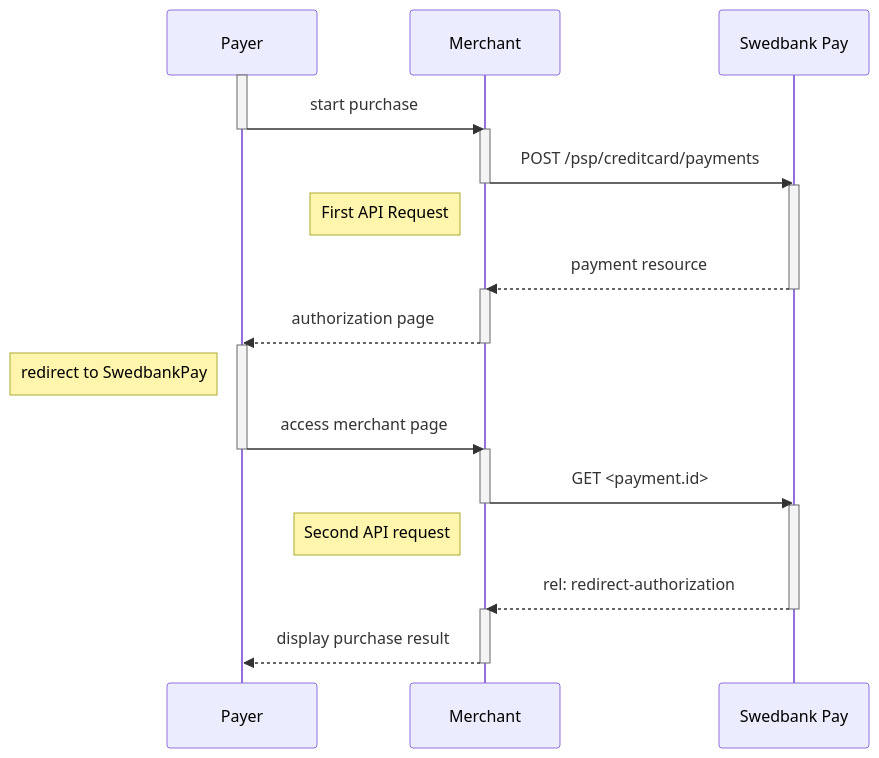
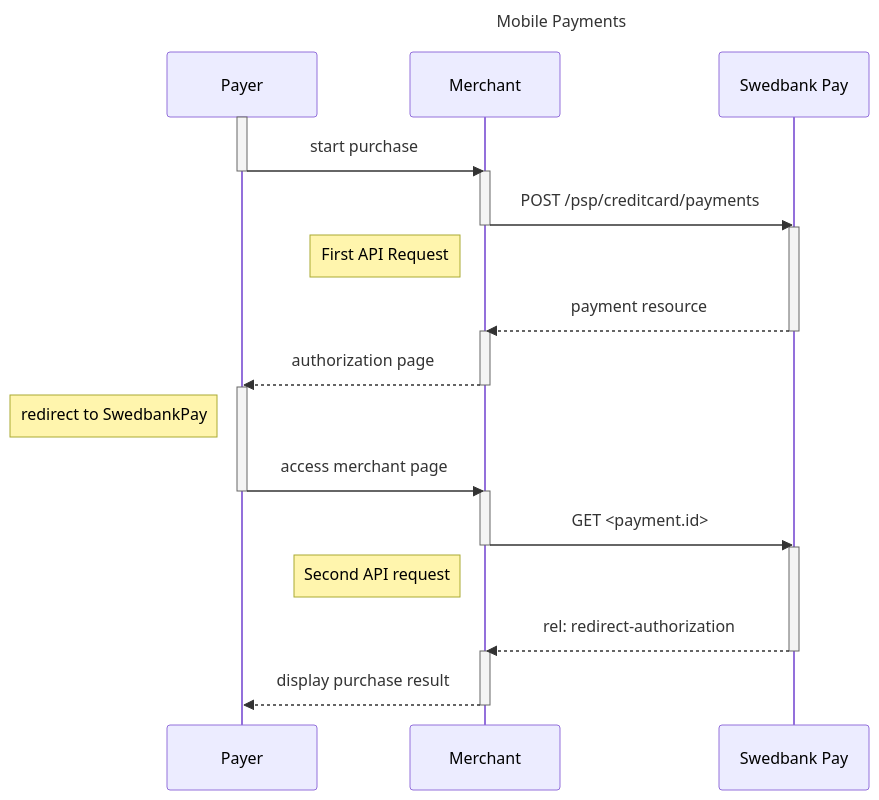
Before and after one commit to SwedbankPay/developer.swedbankpay.com: the first of 2 diagrams in old-implementations/payment-instruments-v1/card/mobile-card-payments.md, drawn with Mermaid. The commit also changed other lines of this file and 66 other files, not shown here.

Commit message:
Added titles in sequence diagrams

````diff
--- a/old-implementations/payment-instruments-v1/card/mobile-card-payments.md
+++ b/old-implementations/payment-instruments-v1/card/mobile-card-payments.md
@@ -62,26 +62,27 @@
 ```mermaid
 sequenceDiagram
+title: Mobile Payments
     participant Payer
     participant Merchant
     participant SwedbankPay as Swedbank Pay
 
     activate Payer
     Payer->>-Merchant: start purchase
     activate Merchant
     Merchant->>-SwedbankPay: POST /psp/creditcard/payments
     activate SwedbankPay
     note left of Merchant: First API Request
     SwedbankPay-->>-Merchant: payment resource
     activate Merchant
     Merchant-->>-Payer: authorization page
     activate Payer
     note left of Payer: redirect to SwedbankPay
     Payer->>-Merchant: access merchant page
     activate Merchant
     Merchant->>-SwedbankPay: GET <payment.id>
     activate SwedbankPay
     note left of Merchant: Second API request
     SwedbankPay-->>-Merchant: rel: redirect-authorization
     activate Merchant
     Merchant-->>-Payer: display purchase result
 ```
````
